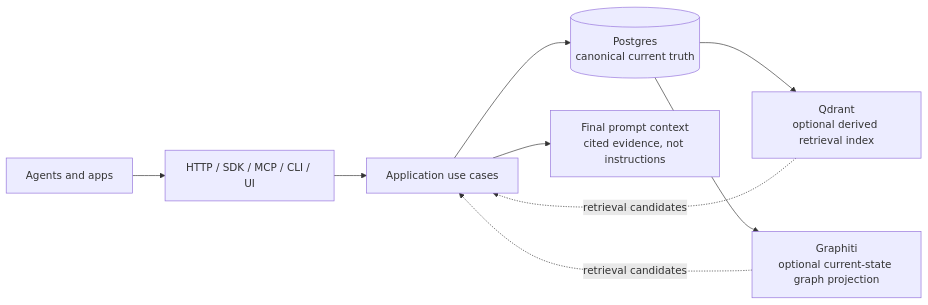
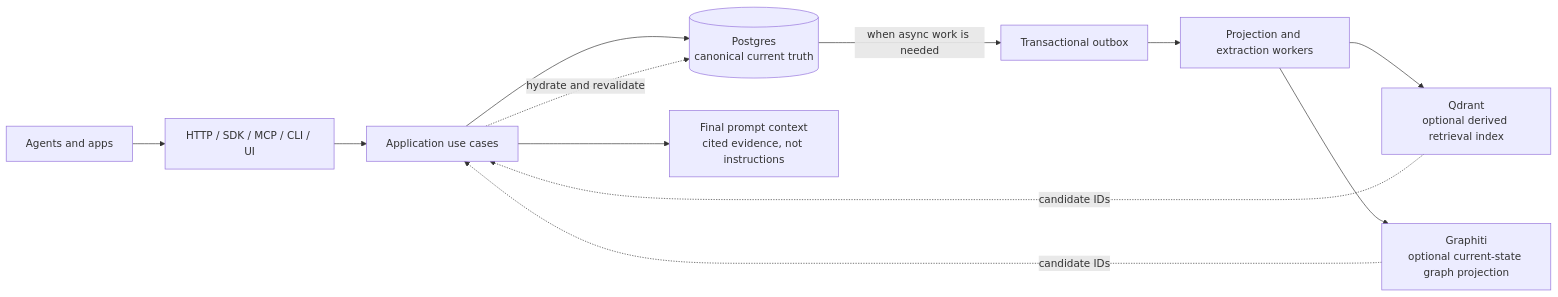
The diagram in README.md (777genius/infinity-context), drawn with Mermaid before and after one commit. The commit also changed other lines of this file and 5 other files, not shown here.

```diff
--- a/README.md
+++ b/README.md
@@ -49,11 +49,14 @@
 ~~~mermaid
 flowchart LR
     A["Agents and apps"] --> B["HTTP / SDK / MCP / CLI / UI"]
     B --> C["Application use cases"]
     C --> P[("Postgres<br/>canonical current truth")]
-    P --> Q["Qdrant<br/>optional derived retrieval index"]
-    P --> G["Graphiti<br/>optional current-state graph projection"]
-    Q -. "retrieval candidates" .-> C
-    G -. "retrieval candidates" .-> C
+    P -->|"when async work is needed"| O["Transactional outbox"]
+    O --> W["Projection and extraction workers"]
+    W --> Q["Qdrant<br/>optional derived retrieval index"]
+    W --> G["Graphiti<br/>optional current-state graph projection"]
+    Q -. "candidate IDs" .-> C
+    G -. "candidate IDs" .-> C
+    C -. "hydrate and revalidate" .-> P
     C --> E["Final prompt context<br/>cited evidence, not instructions"]
 ~~~
```
